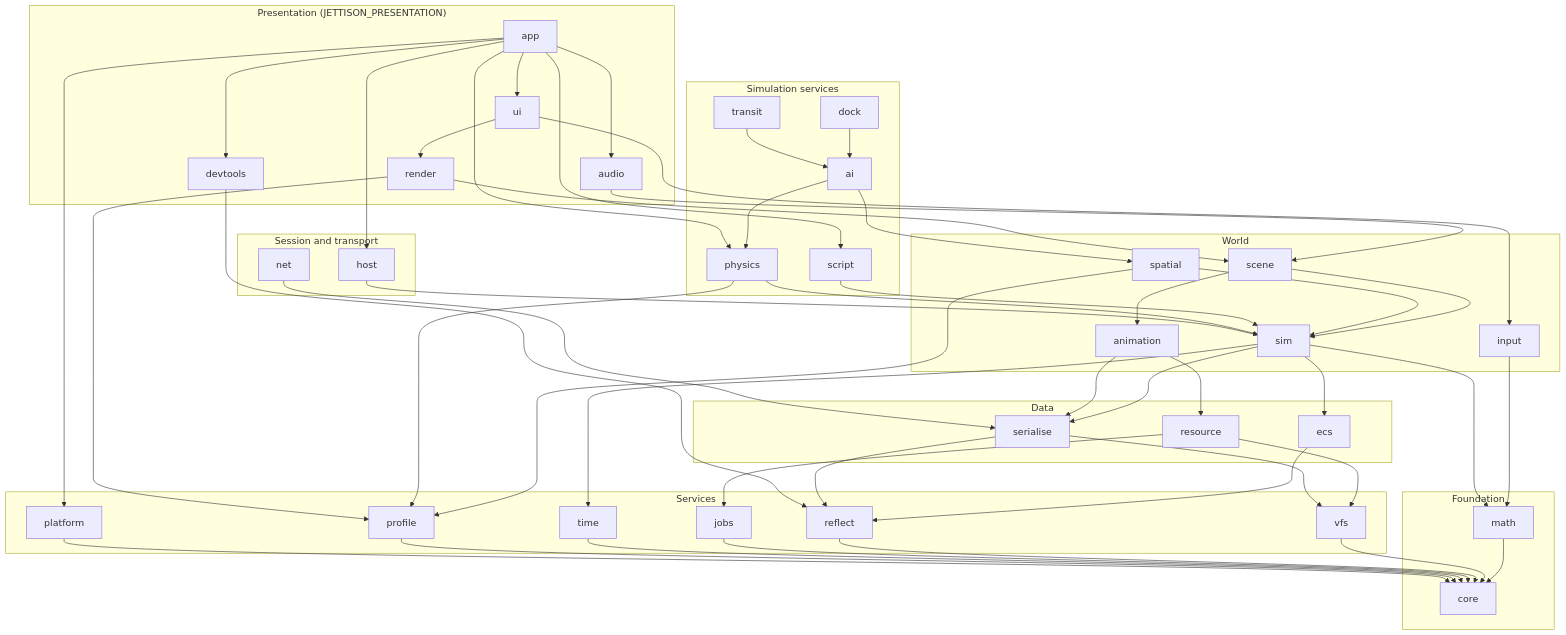
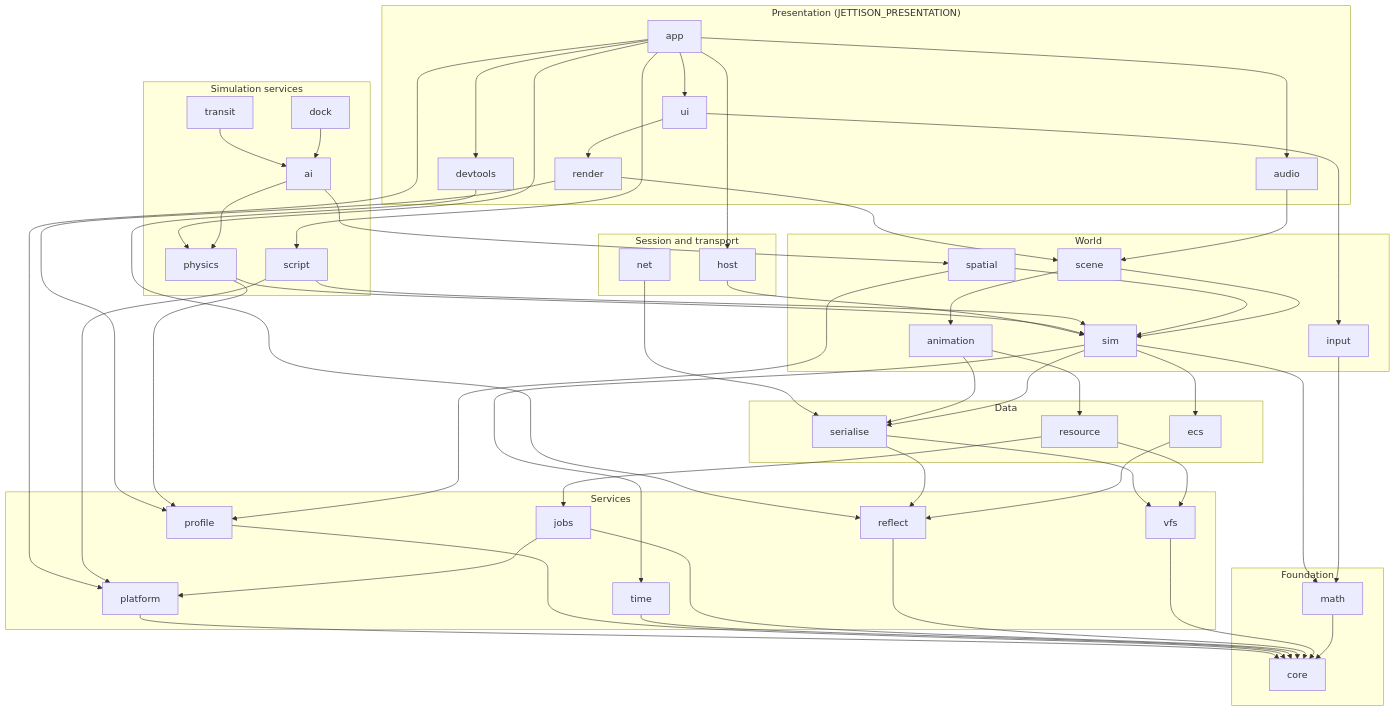
One commit to ivanhawkes/jettison changed the first of 3 diagrams in docs/architecture.md. Above: the diagram before and after it, drawn with Mermaid. The commit also changed 12 other files, not shown here.

````diff
--- a/docs/architecture.md
+++ b/docs/architecture.md
@@ -151,69 +151,71 @@
 ```mermaid
 flowchart TB
     subgraph presentation["Presentation (JETTISON_PRESENTATION)"]
         render; audio; ui; devtools; app
     end
     subgraph session["Session and transport"]
         host; net
     end
     subgraph simservices["Simulation services"]
         physics; ai; transit; dock; script
     end
     subgraph world["World"]
         animation; sim; spatial; scene; input
     end
     subgraph data["Data"]
         serialise; resource; ecs
     end
     subgraph services["Services"]
         platform; profile; time; jobs; reflect; vfs
     end
     subgraph foundation["Foundation"]
         core; math
     end
     render --> profile
     render --> scene
     audio --> scene
     ui --> input
     ui --> render
     devtools --> reflect
     app --> audio
     app --> devtools
     app --> host
     app --> physics
     app --> platform
     app --> script
     app --> ui
     host --> sim
     net --> serialise
     physics --> profile
     physics --> sim
     ai --> physics
     ai --> spatial
     transit --> ai
     dock --> ai
     script --> sim
+    script --> platform
     animation --> resource
     animation --> serialise
     sim --> math
     sim --> time
     sim --> ecs
     sim --> serialise
     spatial --> profile
     spatial --> sim
     scene --> animation
     scene --> sim
     input --> math
     serialise --> reflect
     serialise --> vfs
     resource --> jobs
     resource --> vfs
     ecs --> reflect
     platform --> core
     profile --> core
     time --> core
     jobs --> core
+    jobs --> platform
     reflect --> core
     vfs --> core
     math --> core
 ```
````
